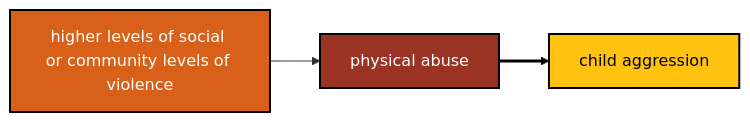
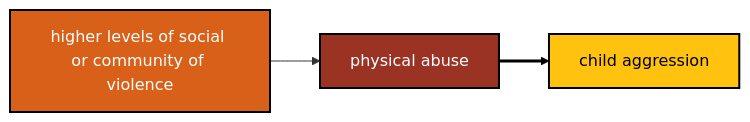
Before and after one commit to agrogan1/closeread: the diagram in normativeness-of-violence/README.md, drawn with Mermaid.

Commit message:
Fix typo in README.md regarding macroviolence

````diff
--- a/normativeness-of-violence/README.md
+++ b/normativeness-of-violence/README.md
@@ -3,22 +3,22 @@
 ```mermaid
 %%| label: fig-question-1
 
 flowchart LR
 
   classDef yellow fill:#FFC20E,stroke:#000000,stroke-width:2px,color:#000000;
   
   classDef blue fill:#374EA2,stroke:#000000,stroke-width:2px,color:#FFFFFF;
   
   classDef green fill:#00833D,stroke:#000000,stroke-width:2px,color:#FFFFFF;
   
   classDef orange fill:#D86018,stroke:#000000,stroke-width:2px,color:#FFFFFF;
   
   classDef red fill:#9A3324,stroke:#000000,stroke-width:2px,color:#FFFFFF;
   
   abuse[physical abuse]:::red --> aggression[child aggression]:::yellow
 
-  macroviolence[higher levels of social or community levels of violence]:::orange --> abuse
+  macroviolence[higher levels of social or community of violence]:::orange --> abuse
 
   linkStyle 0 stroke:#000000,stroke-width:3px,font-size:36px,color:black;
 
 ```
````
